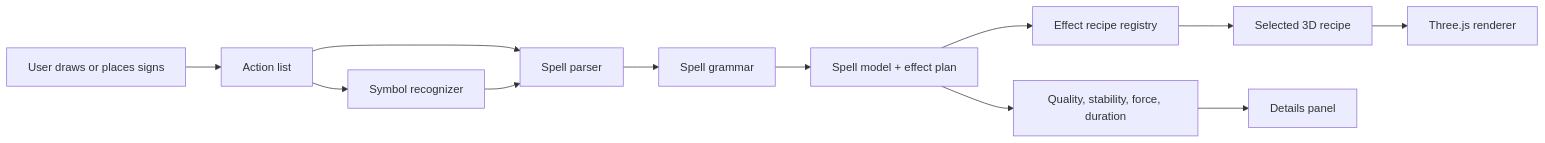
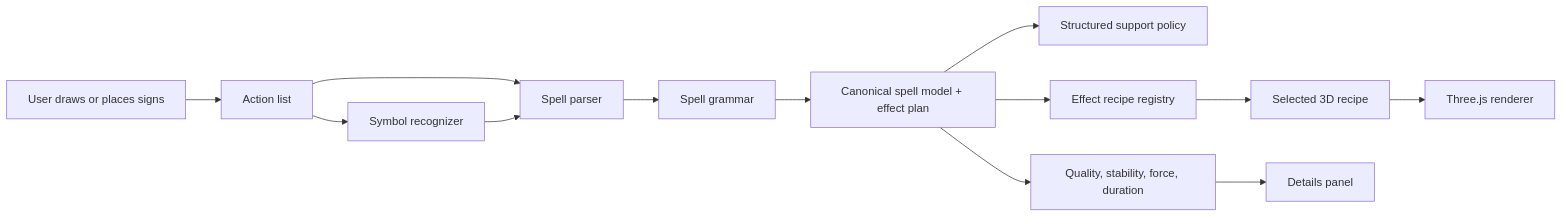
Before and after one commit to NH1980MG/witch-hat-atelier-spell-simulator: the first of 2 diagrams in docs/architecture.md, drawn with Mermaid. The commit also changed other lines of this file and 13 other files, not shown here.

````diff
--- a/docs/architecture.md
+++ b/docs/architecture.md
@@ -39,14 +47,15 @@
 ```mermaid
 flowchart LR
   User["User draws or places signs"] --> Actions["Action list"]
   Actions --> Recognizer["Symbol recognizer"]
   Actions --> Parser["Spell parser"]
   Recognizer --> Parser
   Parser --> Grammar["Spell grammar"]
-  Grammar --> Model["Spell model + effect plan"]
+  Grammar --> Model["Canonical spell model + effect plan"]
+  Model --> Support["Structured support policy"]
   Model --> Metrics["Quality, stability, force, duration"]
   Model --> Registry["Effect recipe registry"]
   Registry --> Recipe["Selected 3D recipe"]
   Recipe --> Three["Three.js renderer"]
   Metrics --> UI["Details panel"]
 ```
````
